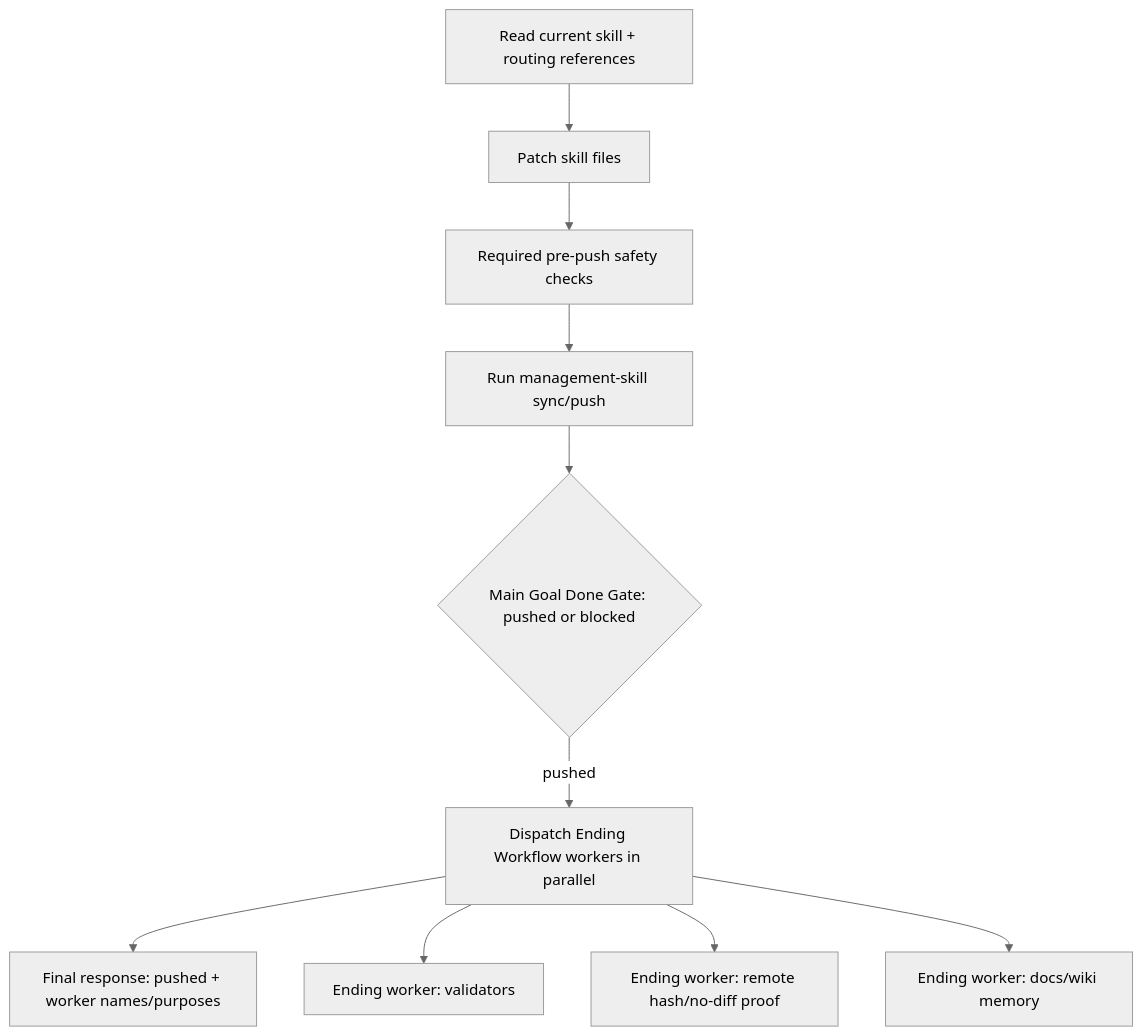
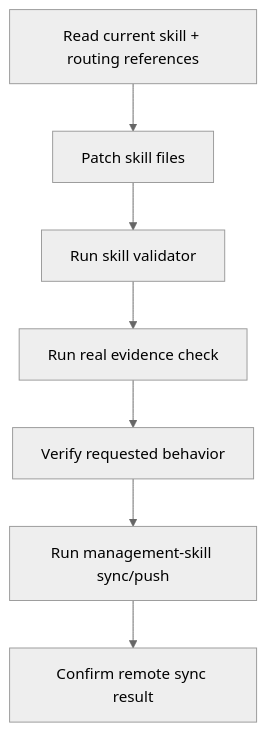
The third of 4 diagrams in workflow-skill/references/start-diagram-template.md (qinbatista/qin-codex-skills), drawn with Mermaid (neutral theme) before and after one commit. The commit also changed other lines of this file and 30 other files, not shown here.

````diff
--- a/workflow-skill/references/start-diagram-template.md
+++ b/workflow-skill/references/start-diagram-template.md
@@ -53,12 +42,9 @@
 ```mermaid
 flowchart TD
   A["Read current skill + routing references"] --> B["Patch skill files"]
-  B --> C["Required pre-push safety checks"]
-  C --> D["Run management-skill sync/push"]
-  D --> E{"Main Goal Done Gate: pushed or blocked"}
-  E -->|pushed| F["Dispatch Ending Workflow workers in parallel"]
-  F --> G["Final response: pushed + worker names/purposes"]
-  F --> H["Ending worker: validators"]
-  F --> I["Ending worker: remote hash/no-diff proof"]
-  F --> J["Ending worker: docs/wiki memory"]
+  B --> C["Run skill validator"]
+  C --> D["Run real evidence check"]
+  D --> E["Verify requested behavior"]
+  E --> F["Run management-skill sync/push"]
+  F --> G["Confirm remote sync result"]
 ```
````
